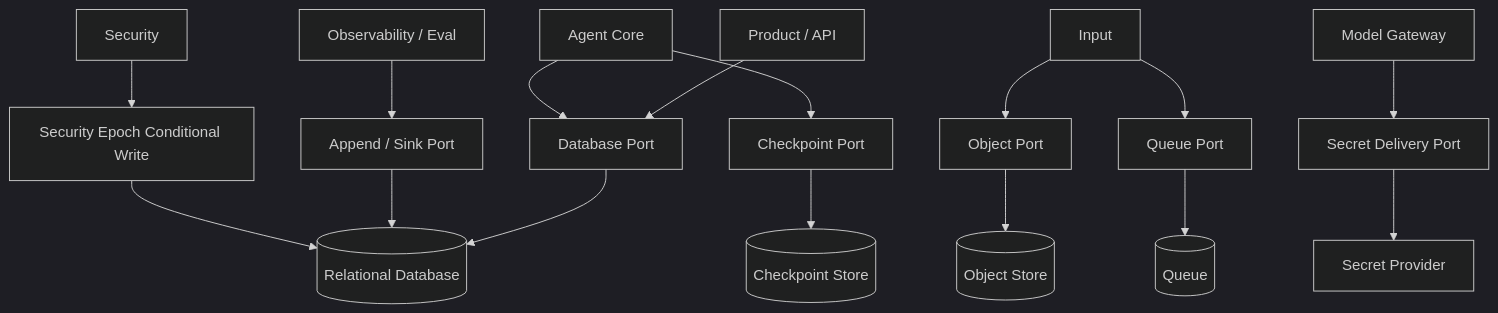
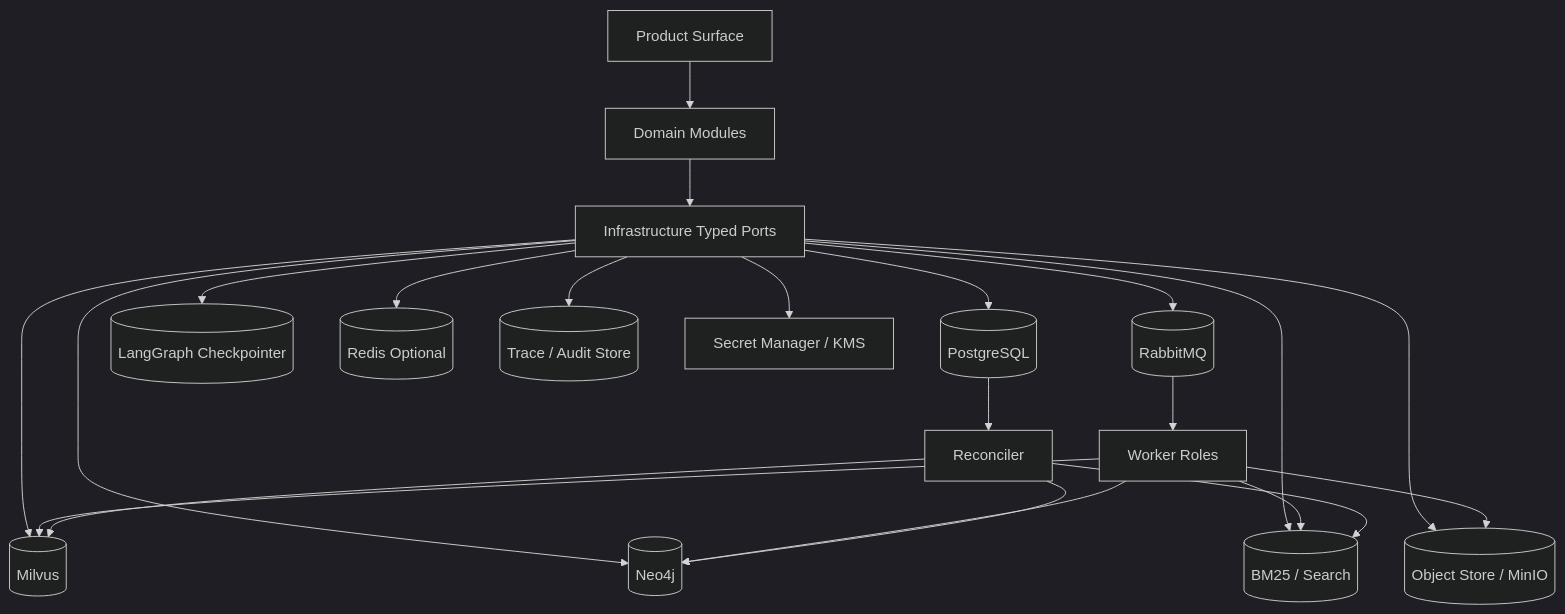
Before and after one commit to ProfessorZhi/Zuno: the first of 3 diagrams in .agent/modules/11-infrastructure.md, drawn with Mermaid (dark theme). The commit also changed other lines of this file and 10 other files, not shown here.

Commit message:
docs: consolidate Infrastructure target architecture

````diff
--- a/.agent/modules/11-infrastructure.md
+++ b/.agent/modules/11-infrastructure.md
@@ -235,19 +279,26 @@
 ```mermaid
 flowchart TB
-  Product[Product / API] --> DBPort[Database Port]
-  Agent[Agent Core] --> DBPort
-  Agent --> CheckpointPort[Checkpoint Port]
-  Input[Input] --> ObjectPort[Object Port]
-  Input --> QueuePort[Queue Port]
-  Model[Model Gateway] --> SecretPort[Secret Delivery Port]
-  Obs[Observability / Eval] --> EventPort[Append / Sink Port]
-  Security[Security] --> EpochPort[Security Epoch Conditional Write]
+  Product[Product Surface] --> Domain[Domain Modules]
+  Domain --> Ports[Infrastructure Typed Ports]
 
-  DBPort --> DB[(Relational Database)]
-  CheckpointPort --> CP[(Checkpoint Store)]
-  ObjectPort --> OBJ[(Object Store)]
-  QueuePort --> MQ[(Queue)]
-  SecretPort --> SM[Secret Provider]
-  EventPort --> DB
-  EpochPort --> DB
+  Ports --> PG[(PostgreSQL)]
+  Ports --> MQ[(RabbitMQ)]
+  Ports --> OBJ[(Object Store / MinIO)]
+  Ports --> CP[(LangGraph Checkpointer)]
+  Ports --> VEC[(Milvus)]
+  Ports --> GRAPH[(Neo4j)]
+  Ports --> LEX[(BM25 / Search)]
+  Ports --> CACHE[(Redis Optional)]
+  Ports --> AUDIT[(Trace / Audit Store)]
+  Ports --> SECRET[Secret Manager / KMS]
+
+  PG --> Reconciler[Reconciler]
+  MQ --> Workers[Worker Roles]
+  Workers --> OBJ
+  Workers --> VEC
+  Workers --> GRAPH
+  Workers --> LEX
+  Reconciler --> VEC
+  Reconciler --> GRAPH
+  Reconciler --> LEX
 ```
````
